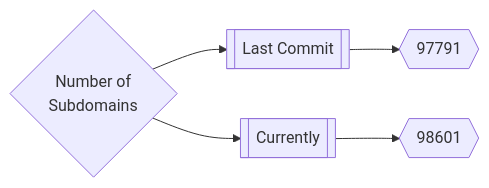
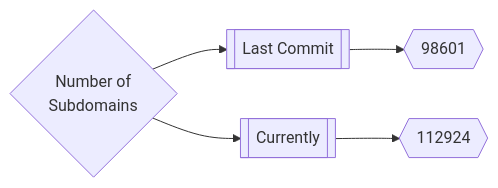
Before and after one commit to trickest/inventory: the first of 3 diagrams in README.md, drawn with Mermaid. The commit also changed other lines of this file, not shown here.

Commit message:
Update Tue Mar  8 11:55:53 UTC 2022

````diff
--- a/README.md
+++ b/README.md
@@ -165,5 +165,5 @@
 ```mermaid
 graph LR
-title{Number of<br>Subdomains} --> subdomainsDate1[[Last Commit]] --> subdomainsNum1{{97791}}
-title --> subdomainsDate2[[Currently]] --> subdomainsNum2{{98601}}
+title{Number of<br>Subdomains} --> subdomainsDate1[[Last Commit]] --> subdomainsNum1{{98601}}
+title --> subdomainsDate2[[Currently]] --> subdomainsNum2{{112924}}
 ```
````
